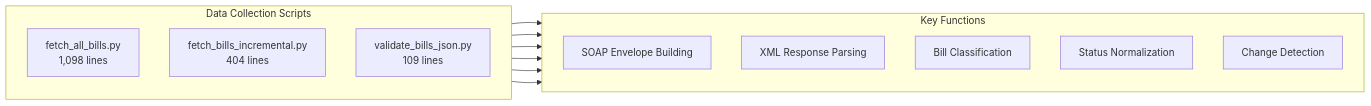
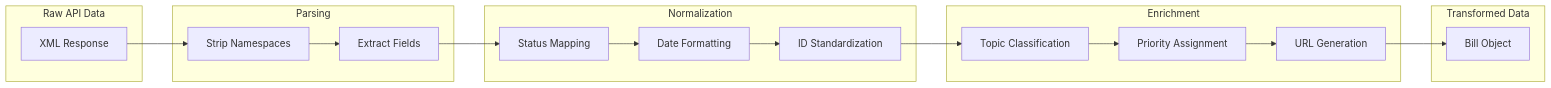
One commit to jeff-is-working/wa-bill-tracker changed the seventh of 13 diagrams in docs/ARCHITECTURE.md. Above: the diagram before and after it, drawn with Mermaid. The commit also changed other lines of this file and 13 other files, not shown here.

````diff
--- a/docs/ARCHITECTURE.md
+++ b/docs/ARCHITECTURE.md
@@ -110,25 +353,32 @@
 ```mermaid
 flowchart LR
-    subgraph Collection["Data Collection Scripts"]
-        direction TB
-        A["fetch_all_bills.py<br/>1,098 lines"]
-        B["fetch_bills_incremental.py<br/>404 lines"]
-        C["validate_bills_json.py<br/>109 lines"]
+    subgraph Input["Raw API Data"]
+        XML["XML Response"]
     end
 
-    subgraph Functions["Key Functions"]
-        direction TB
-        F1["SOAP Envelope Building"]
-        F2["XML Response Parsing"]
-        F3["Bill Classification"]
-        F4["Status Normalization"]
-        F5["Change Detection"]
+    subgraph Parse["Parsing"]
+        STRIP["Strip Namespaces"]
+        EXTRACT["Extract Fields"]
     end
 
-    A --> F1
-    A --> F2
-    A --> F3
-    A --> F4
-    B --> F5
-    B --> F2
+    subgraph Normalize["Normalization"]
+        STATUS["Status Mapping"]
+        DATE["Date Formatting"]
+        ID["ID Standardization"]
+    end
+
+    subgraph Enrich["Enrichment"]
+        TOPIC["Topic Classification"]
+        PRIORITY["Priority Assignment"]
+        URL["URL Generation"]
+    end
+
+    subgraph Output["Transformed Data"]
+        JSON["Bill Object"]
+    end
+
+    XML --> STRIP --> EXTRACT
+    EXTRACT --> STATUS --> DATE --> ID
+    ID --> TOPIC --> PRIORITY --> URL
+    URL --> JSON
 ```
````
